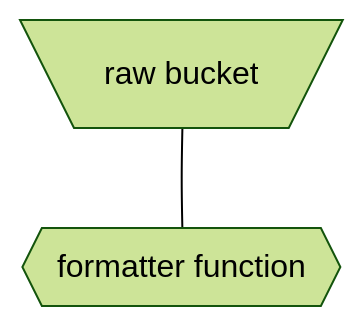
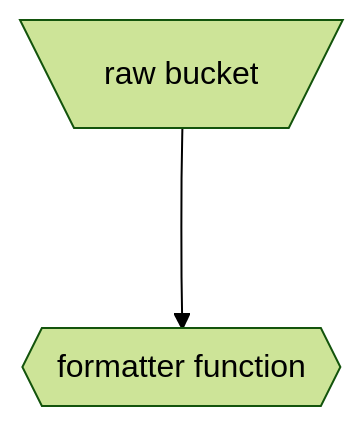
One commit to pkeane/diagrams changed the diagram in README.md. Above: the diagram before and after it, drawn with Mermaid (forest theme). The commit also changed other lines of this file, not shown here.

````diff
--- a/README.md
+++ b/README.md
@@ -15,5 +8,5 @@
 ```mermaid
   flowchart TD;
-      A[\raw bucket/]---B{{formatter function}};
+      A[\raw bucket/]--->B{{formatter function}};
 
 ```
````
